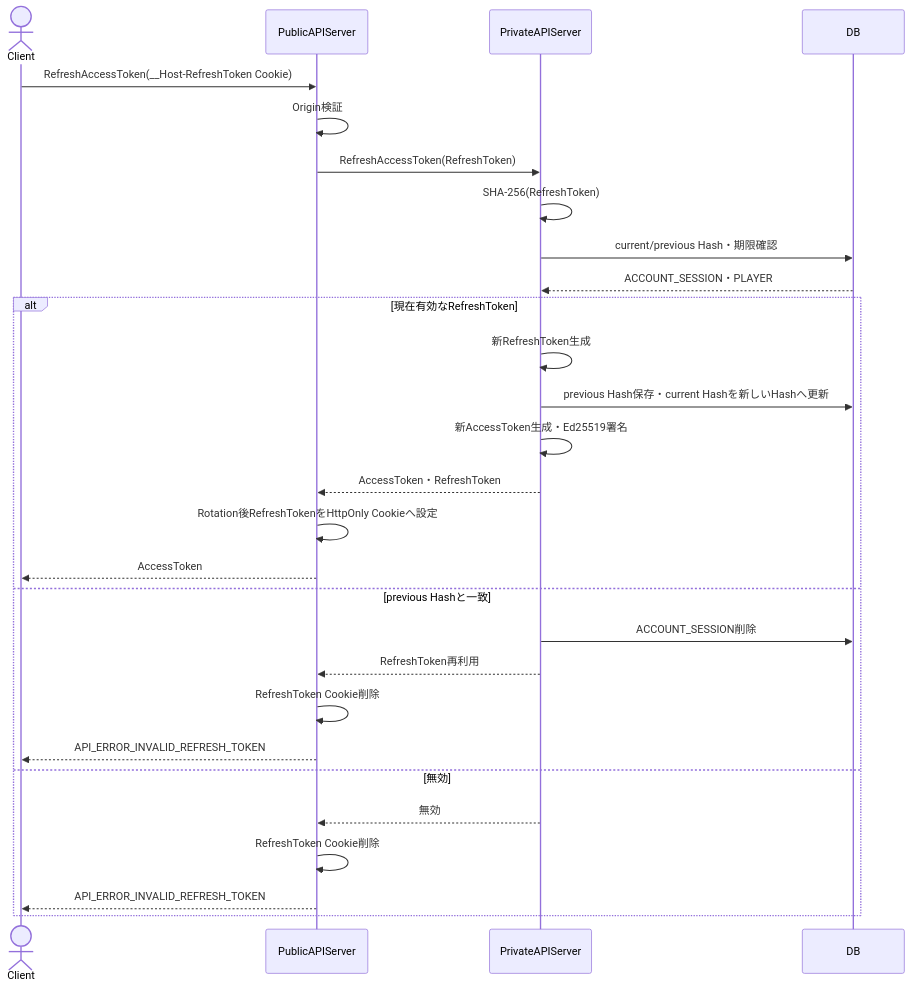
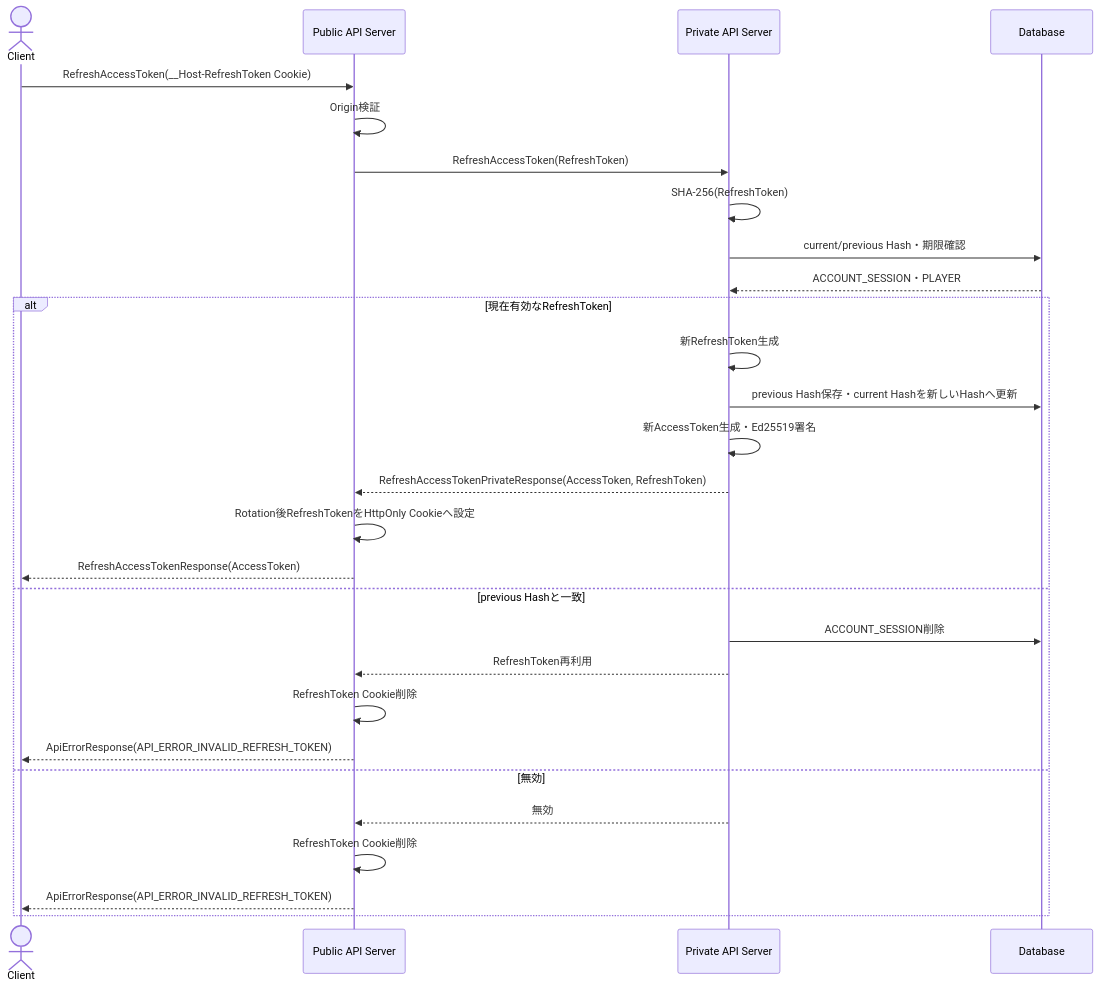
The third of 4 diagrams in design/server/session.md (ReHydrangeaOdyssey/Specifications), drawn with Mermaid before and after one commit. The commit also changed other lines of this file and 12 other files, not shown here.

Commit message:
図などの名称の統一

````diff
--- a/design/server/session.md
+++ b/design/server/session.md
@@ -246,32 +246,32 @@
 ```mermaid
 sequenceDiagram
     actor Client
-    participant PublicAPIServer
-    participant PrivateAPIServer
-    participant DB
+    participant PublicAPIServer as Public API Server
+    participant PrivateAPIServer as Private API Server
+    participant Database
 
     Client->>PublicAPIServer: RefreshAccessToken(__Host-RefreshToken Cookie)
     PublicAPIServer->>PublicAPIServer: Origin検証
     PublicAPIServer->>PrivateAPIServer: RefreshAccessToken(RefreshToken)
     PrivateAPIServer->>PrivateAPIServer: SHA-256(RefreshToken)
-    PrivateAPIServer->>DB: current/previous Hash・期限確認
-    DB-->>PrivateAPIServer: ACCOUNT_SESSION・PLAYER
+    PrivateAPIServer->>Database: current/previous Hash・期限確認
+    Database-->>PrivateAPIServer: ACCOUNT_SESSION・PLAYER
 
     alt 現在有効なRefreshToken
         PrivateAPIServer->>PrivateAPIServer: 新RefreshToken生成
-        PrivateAPIServer->>DB: previous Hash保存・current Hashを新しいHashへ更新
+        PrivateAPIServer->>Database: previous Hash保存・current Hashを新しいHashへ更新
         PrivateAPIServer->>PrivateAPIServer: 新AccessToken生成・Ed25519署名
-        PrivateAPIServer-->>PublicAPIServer: AccessToken・RefreshToken
+        PrivateAPIServer-->>PublicAPIServer: RefreshAccessTokenPrivateResponse(AccessToken, RefreshToken)
         PublicAPIServer->>PublicAPIServer: Rotation後RefreshTokenをHttpOnly Cookieへ設定
-        PublicAPIServer-->>Client: AccessToken
+        PublicAPIServer-->>Client: RefreshAccessTokenResponse(AccessToken)
     else previous Hashと一致
-        PrivateAPIServer->>DB: ACCOUNT_SESSION削除
+        PrivateAPIServer->>Database: ACCOUNT_SESSION削除
         PrivateAPIServer-->>PublicAPIServer: RefreshToken再利用
         PublicAPIServer->>PublicAPIServer: RefreshToken Cookie削除
-        PublicAPIServer-->>Client: API_ERROR_INVALID_REFRESH_TOKEN
+        PublicAPIServer-->>Client: ApiErrorResponse(API_ERROR_INVALID_REFRESH_TOKEN)
     else 無効
         PrivateAPIServer-->>PublicAPIServer: 無効
         PublicAPIServer->>PublicAPIServer: RefreshToken Cookie削除
-        PublicAPIServer-->>Client: API_ERROR_INVALID_REFRESH_TOKEN
+        PublicAPIServer-->>Client: ApiErrorResponse(API_ERROR_INVALID_REFRESH_TOKEN)
     end
 ```
````
